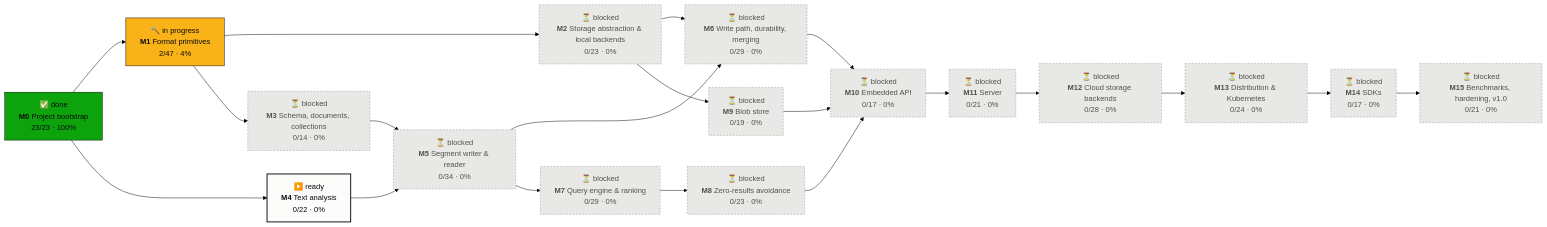
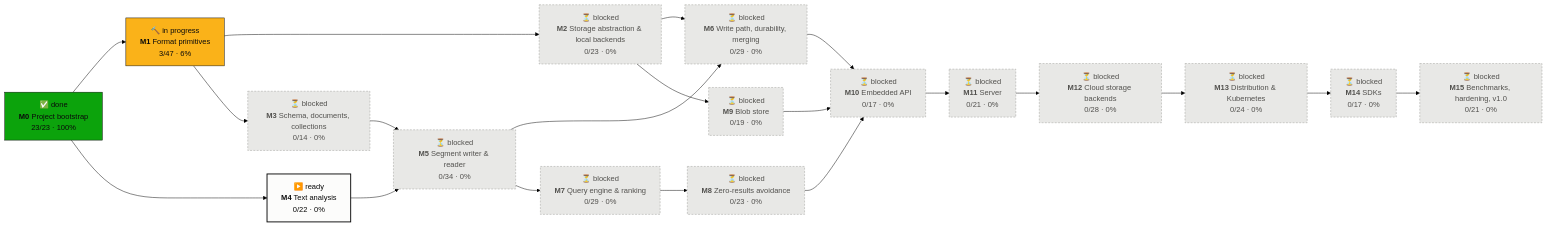
Before and after one commit to tomiok/persiaDB: the first of 2 diagrams in PROGRESS.md, drawn with Mermaid (forest theme). The commit also changed other lines of this file and 11 other files, not shown here.

First line of the commit message:
test(format): Reader/Writer property tests and first fuzz target (ROADMAP 1.1.1.3)

````diff
--- a/PROGRESS.md
+++ b/PROGRESS.md
@@ -14,42 +14,42 @@
 ```mermaid
 flowchart LR
   M0["✅ done<br/><b>M0</b> Project bootstrap<br/>23/23 · 100%"]:::done
-  M1["🔨 in progress<br/><b>M1</b> Format primitives<br/>2/47 · 4%"]:::doing
+  M1["🔨 in progress<br/><b>M1</b> Format primitives<br/>3/47 · 6%"]:::doing
   M2["⏳ blocked<br/><b>M2</b> Storage abstraction & local backends<br/>0/23 · 0%"]:::blocked
   M3["⏳ blocked<br/><b>M3</b> Schema, documents, collections<br/>0/14 · 0%"]:::blocked
   M4["▶️ ready<br/><b>M4</b> Text analysis<br/>0/22 · 0%"]:::ready
   M5["⏳ blocked<br/><b>M5</b> Segment writer & reader<br/>0/34 · 0%"]:::blocked
   M6["⏳ blocked<br/><b>M6</b> Write path, durability, merging<br/>0/29 · 0%"]:::blocked
   M7["⏳ blocked<br/><b>M7</b> Query engine & ranking<br/>0/29 · 0%"]:::blocked
   M8["⏳ blocked<br/><b>M8</b> Zero-results avoidance<br/>0/23 · 0%"]:::blocked
   M9["⏳ blocked<br/><b>M9</b> Blob store<br/>0/19 · 0%"]:::blocked
   M10["⏳ blocked<br/><b>M10</b> Embedded API<br/>0/17 · 0%"]:::blocked
   M11["⏳ blocked<br/><b>M11</b> Server<br/>0/21 · 0%"]:::blocked
   M12["⏳ blocked<br/><b>M12</b> Cloud storage backends<br/>0/28 · 0%"]:::blocked
   M13["⏳ blocked<br/><b>M13</b> Distribution & Kubernetes<br/>0/24 · 0%"]:::blocked
   M14["⏳ blocked<br/><b>M14</b> SDKs<br/>0/17 · 0%"]:::blocked
   M15["⏳ blocked<br/><b>M15</b> Benchmarks, hardening, v1.0<br/>0/21 · 0%"]:::blocked
   M0 --> M1
   M1 --> M2
   M1 --> M3
   M0 --> M4
   M3 --> M5
   M4 --> M5
   M2 --> M6
   M5 --> M6
   M5 --> M7
   M7 --> M8
   M2 --> M9
   M6 --> M10
   M8 --> M10
   M9 --> M10
   M10 --> M11
   M11 --> M12
   M12 --> M13
   M13 --> M14
   M14 --> M15
   classDef done fill:#0ca30c,stroke:#0b0b0b,color:#0b0b0b
   classDef doing fill:#fab219,stroke:#0b0b0b,color:#0b0b0b
   classDef ready fill:#fcfcfb,stroke:#0b0b0b,stroke-width:2px,color:#0b0b0b
   classDef blocked fill:#e8e8e6,stroke:#9a9a96,stroke-dasharray:4 3,color:#52514e
 ```
````
